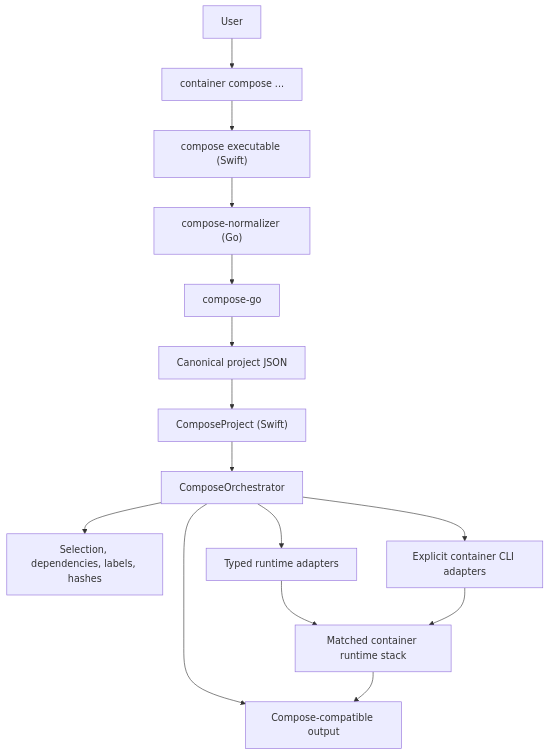
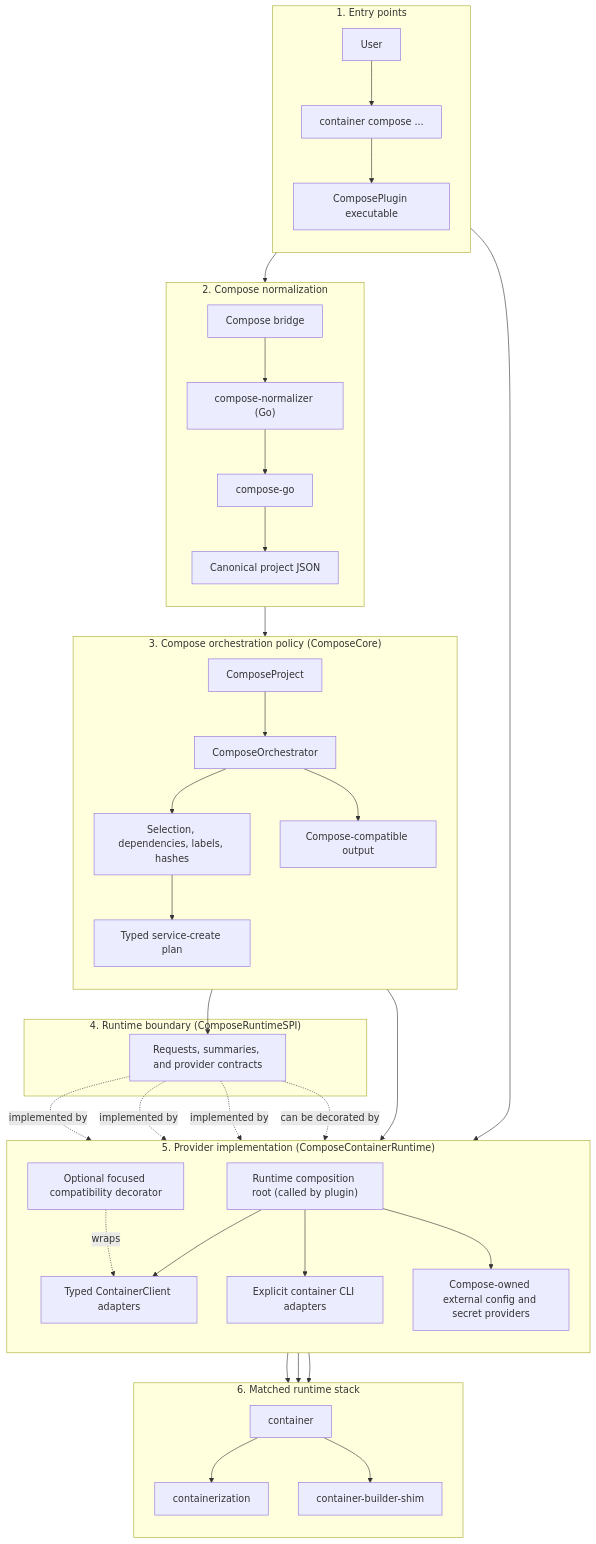
Before and after one commit to stephenlclarke/container-compose: the diagram in DESIGN.md, drawn with Mermaid. The commit also changed other lines of this file and 65 other files, not shown here.

Commit message:
refactor(runtime): introduce ComposeRuntimeSPI providers

````diff
--- a/DESIGN.md
+++ b/DESIGN.md
@@ -76,17 +107,59 @@
 ```mermaid
 flowchart TD
-    User["User"] --> ContainerCLI["container compose ..."]
-    ContainerCLI --> Plugin["compose executable (Swift)"]
-    Plugin --> Normalizer["compose-normalizer (Go)"]
-    Normalizer --> ComposeGo["compose-go"]
-    ComposeGo --> Canonical["Canonical project JSON"]
-    Canonical --> Model["ComposeProject (Swift)"]
-    Model --> Orchestrator["ComposeOrchestrator"]
-    Orchestrator --> Planner["Selection, dependencies, labels, hashes"]
-    Orchestrator --> Direct["Typed runtime adapters"]
-    Orchestrator --> Command["Explicit container CLI adapters"]
-    Direct --> Runtime["Matched container runtime stack"]
-    Command --> Runtime
-    Orchestrator --> Output["Compose-compatible output"]
-    Runtime --> Output
+    subgraph Entry["1. Entry points"]
+        direction TB
+        User["User"] --> ContainerCLI["container compose ..."]
+        ContainerCLI --> Plugin["ComposePlugin executable"]
+    end
+
+    subgraph Normalization["2. Compose normalization"]
+        direction TB
+        Bridge["Compose bridge"] --> Normalizer["compose-normalizer (Go)"]
+        Normalizer --> ComposeGo["compose-go"]
+        ComposeGo --> Canonical["Canonical project JSON"]
+    end
+
+    subgraph Policy["3. Compose orchestration policy (ComposeCore)"]
+        direction TB
+        Model["ComposeProject"] --> Orchestrator["ComposeOrchestrator"]
+        Orchestrator --> Planner["Selection, dependencies, labels, hashes"]
+        Planner --> CreatePlan["Typed service-create plan"]
+        Orchestrator --> Output["Compose-compatible output"]
+    end
+
+    subgraph Boundary["4. Runtime boundary (ComposeRuntimeSPI)"]
+        SPI["Requests, summaries, and provider contracts"]
+    end
+
+    subgraph Providers["5. Provider implementation (ComposeContainerRuntime)"]
+        direction TB
+        Composition["Runtime composition root (called by plugin)"]
+        Direct["Typed ContainerClient adapters"]
+        Command["Explicit container CLI adapters"]
+        LocalStores["Compose-owned external config and secret providers"]
+        Decorator["Optional focused compatibility decorator"]
+        Composition --> Direct
+        Composition --> Command
+        Composition --> LocalStores
+    end
+
+    subgraph Runtime["6. Matched runtime stack"]
+        direction TB
+        Container["container"] --> Containerization["containerization"]
+        Container --> Builder["container-builder-shim"]
+    end
+
+    Plugin --> Bridge
+    Plugin --> Composition
+    Canonical --> Model
+    Orchestrator --> SPI
+    SPI -. "implemented by" .-> Direct
+    SPI -. "implemented by" .-> Command
+    SPI -. "implemented by" .-> LocalStores
+    SPI -. "can be decorated by" .-> Decorator
+    Decorator -. "wraps" .-> Direct
+    CreatePlan --> Command
+    Direct --> Container
+    Command --> Container
+    Decorator --> Container
 ```
````
